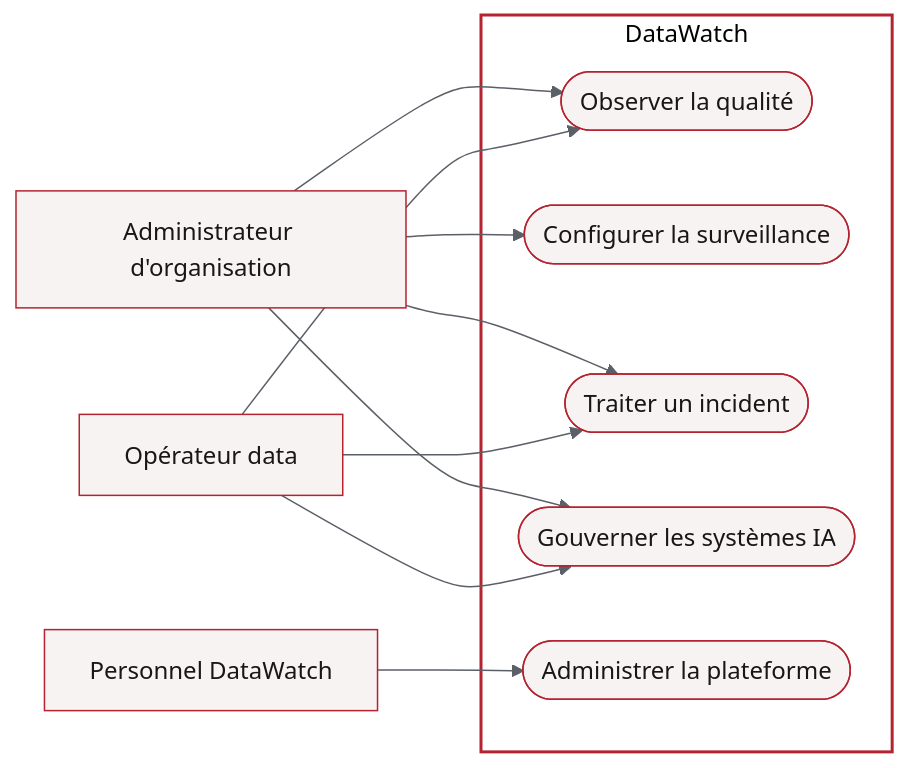
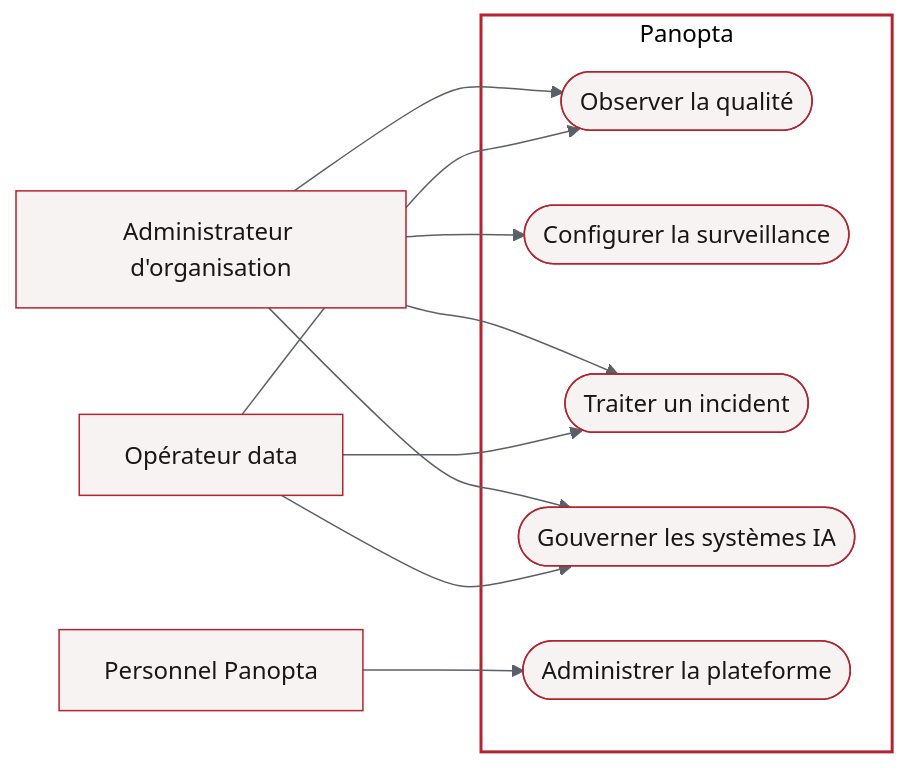
One commit to ryvga/DataWatch changed the diagram in docs/diagrams/pfe/mermaid/use_cases.mmd. Above: the diagram before and after it, drawn with Mermaid. The commit also changed 28 other files, not shown here.

```diff
--- a/docs/diagrams/pfe/mermaid/use_cases.mmd
+++ b/docs/diagrams/pfe/mermaid/use_cases.mmd
@@ -1,16 +1,16 @@
 %%{init: {'theme':'base','themeVariables':{'fontFamily':'Arial','primaryColor':'#F7F3F2','primaryTextColor':'#171717','primaryBorderColor':'#B4232F','lineColor':'#5B6068','secondaryColor':'#F3F4F6','tertiaryColor':'#FFFFFF','clusterBkg':'#FFFFFF','clusterBorder':'#D1D5DB','actorBkg':'#FFFFFF','actorBorder':'#B4232F','actorTextColor':'#171717','signalColor':'#404040','signalTextColor':'#171717','noteBkgColor':'#FFF7ED','noteBorderColor':'#C2410C','noteTextColor':'#171717'}}}%%
 flowchart LR
     op["Opérateur data"]
     admin["Administrateur d'organisation"]
-    staff["Personnel DataWatch"]
-    subgraph DW[DataWatch]
+    staff["Personnel Panopta"]
+    subgraph DW[Panopta]
       observe([Observer la qualité])
       configure([Configurer la surveillance])
       respond([Traiter un incident])
       govern([Gouverner les systèmes IA])
       operate([Administrer la plateforme])
     end
     op --> observe & respond & govern
     admin --> observe & configure & respond & govern
     staff --> operate
     style DW fill:#fff,stroke:#B4232F,stroke-width:2px
```
